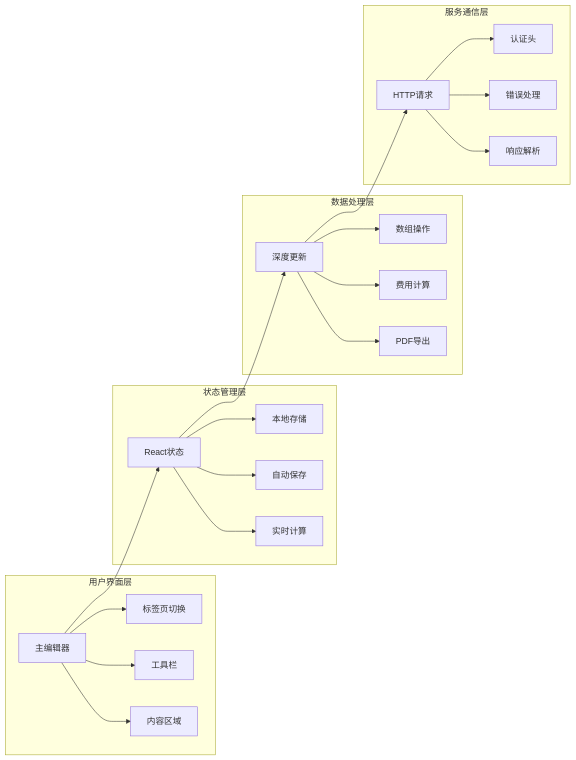
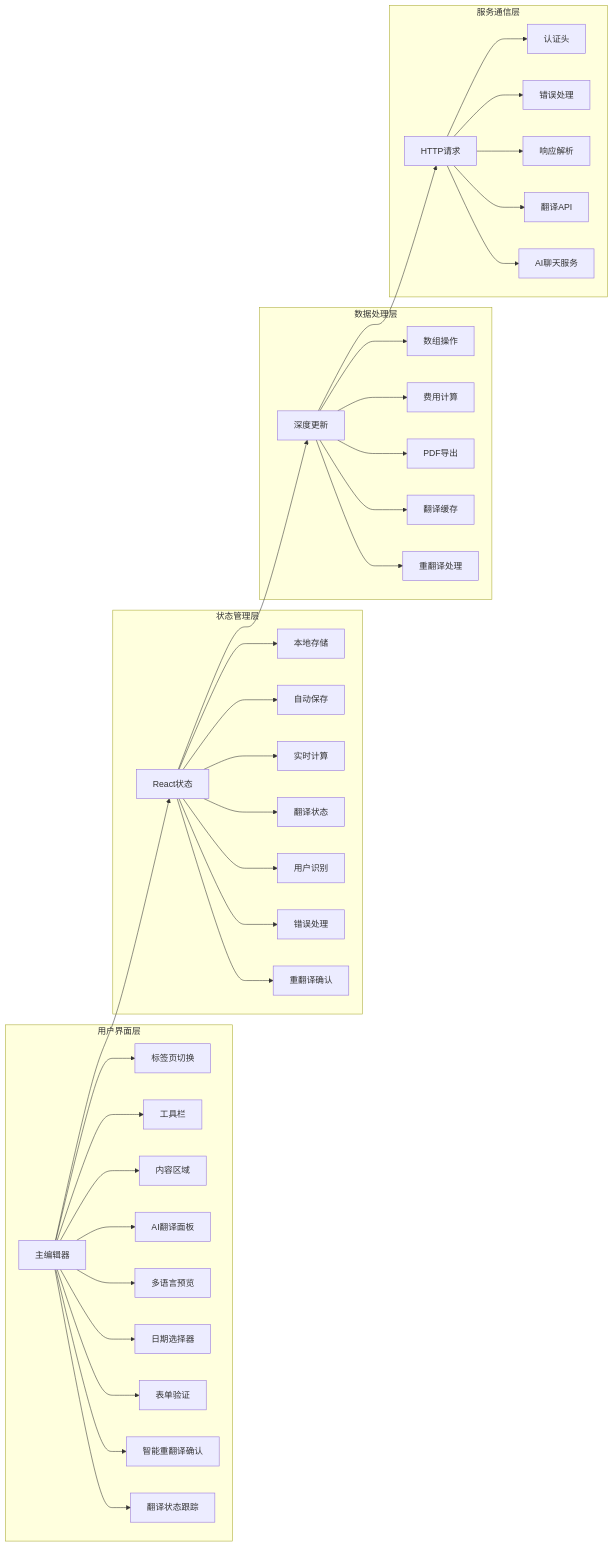
One commit to CubeEdge/Longhorn changed the fourth of 40 diagrams in .qoder/repowiki/zh/content/Repair Report Editor Component.md. Above: the diagram before and after it, drawn with Mermaid. The commit also changed other lines of this file and 53 other files, not shown here.

````diff
--- a/.qoder/repowiki/zh/content/Repair Report Editor Component.md
+++ b/.qoder/repowiki/zh/content/Repair Report Editor Component.md
@@ -162,26 +253,40 @@
 ```mermaid
 graph LR
 subgraph "用户界面层"
 A[主编辑器] --> B[标签页切换]
 A --> C[工具栏]
 A --> D[内容区域]
+A --> E[AI翻译面板]
+A --> F[多语言预览]
+A --> G[日期选择器]
+A --> H[表单验证]
+A --> I[智能重翻译确认]
+A --> J[翻译状态跟踪]
 end
 subgraph "状态管理层"
-E[React状态] --> F[本地存储]
-E --> G[自动保存]
-E --> H[实时计算]
+K[React状态] --> L[本地存储]
+K --> M[自动保存]
+K --> N[实时计算]
+K --> O[翻译状态]
+K --> P[用户识别]
+K --> Q[错误处理]
+K --> R[重翻译确认]
 end
 subgraph "数据处理层"
-I[深度更新] --> J[数组操作]
-I --> K[费用计算]
-I --> L[PDF导出]
+S[深度更新] --> T[数组操作]
+S --> U[费用计算]
+S --> V[PDF导出]
+S --> W[翻译缓存]
+S --> X[重翻译处理]
 end
 subgraph "服务通信层"
-M[HTTP请求] --> N[认证头]
-M --> O[错误处理]
-M --> P[响应解析]
+Y[HTTP请求] --> Z[认证头]
+Y --> AA[错误处理]
+Y --> BB[响应解析]
+Y --> CC[翻译API]
+Y --> DD[AI聊天服务]
 end
-A --> E
-E --> I
-I --> M
+A --> K
+K --> S
+S --> Y
 ```
````
